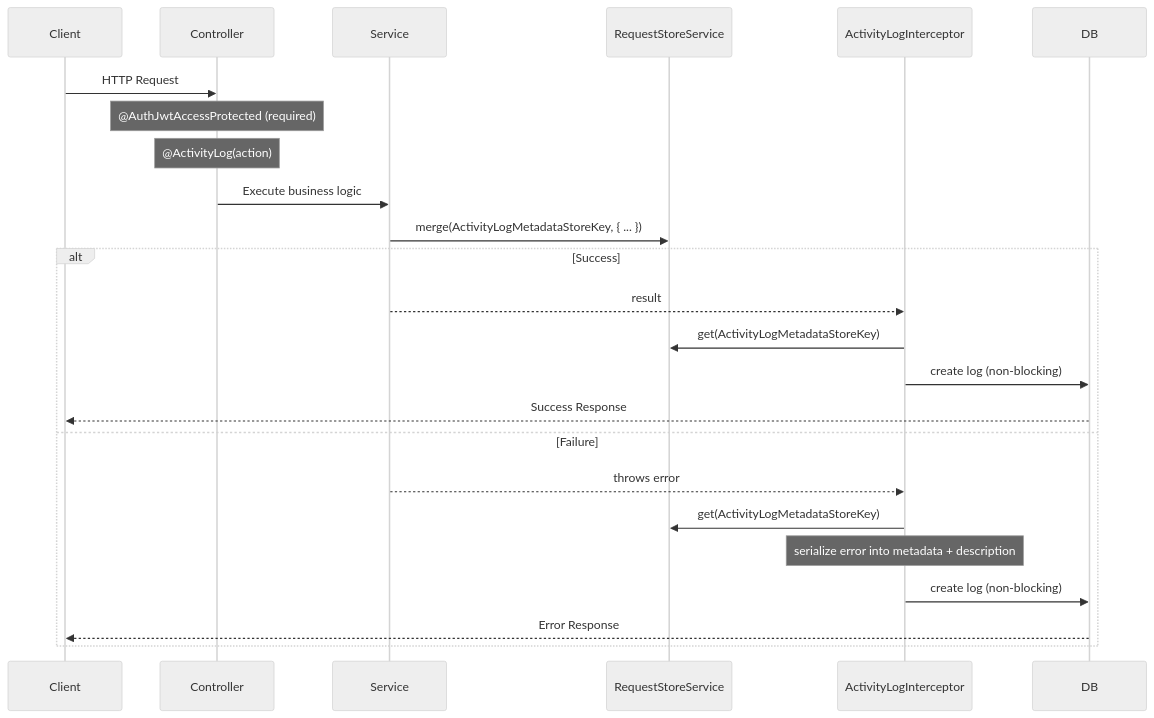
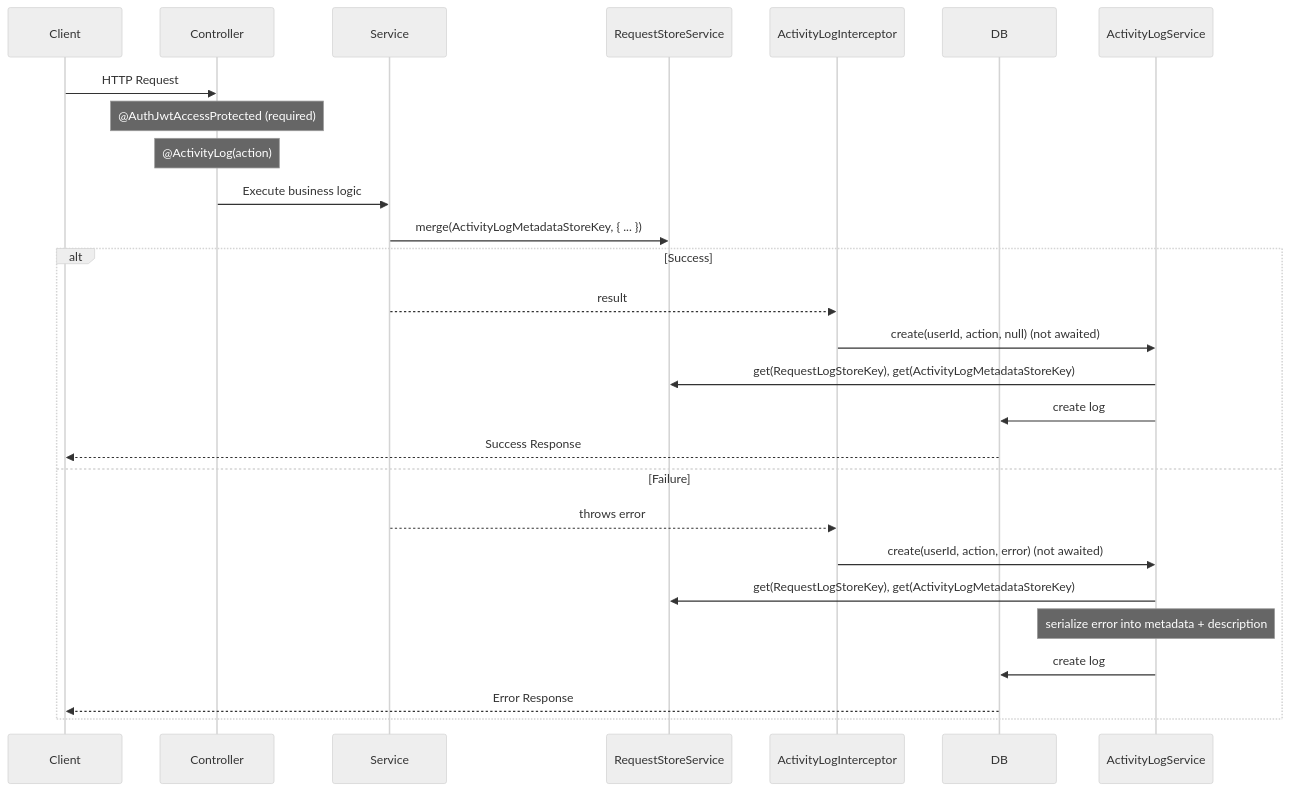
The diagram in docs/activity-log.md (andrechristikan/ack-nestjs-boilerplate), drawn with Mermaid (neutral theme) before and after one commit. The commit also changed other lines of this file and 56 other files, not shown here.

````diff
--- a/docs/activity-log.md
+++ b/docs/activity-log.md
@@ -71,27 +71,29 @@
 ```mermaid
 sequenceDiagram
     participant Client
     participant Controller
     participant Service
     participant Storage as RequestStoreService
     participant Interceptor as ActivityLogInterceptor
     participant DB
 
     Client->>Controller: HTTP Request
     Note over Controller: @AuthJwtAccessProtected (required)
     Note over Controller: @ActivityLog(action)
     Controller->>Service: Execute business logic
     Service->>Storage: merge(ActivityLogMetadataStoreKey, { ... })
     alt Success
         Service-->>Interceptor: result
-        Interceptor->>Storage: get(ActivityLogMetadataStoreKey)
-        Interceptor->>DB: create log (non-blocking)
+        Interceptor->>ActivityLogService: create(userId, action, null) (not awaited)
+        ActivityLogService->>Storage: get(RequestLogStoreKey), get(ActivityLogMetadataStoreKey)
+        ActivityLogService->>DB: create log
         DB-->>Client: Success Response
     else Failure
         Service-->>Interceptor: throws error
-        Interceptor->>Storage: get(ActivityLogMetadataStoreKey)
-        Note over Interceptor: serialize error into metadata + description
-        Interceptor->>DB: create log (non-blocking)
+        Interceptor->>ActivityLogService: create(userId, action, error) (not awaited)
+        ActivityLogService->>Storage: get(RequestLogStoreKey), get(ActivityLogMetadataStoreKey)
+        Note over ActivityLogService: serialize error into metadata + description
+        ActivityLogService->>DB: create log
         DB-->>Client: Error Response
     end
 ```
````
